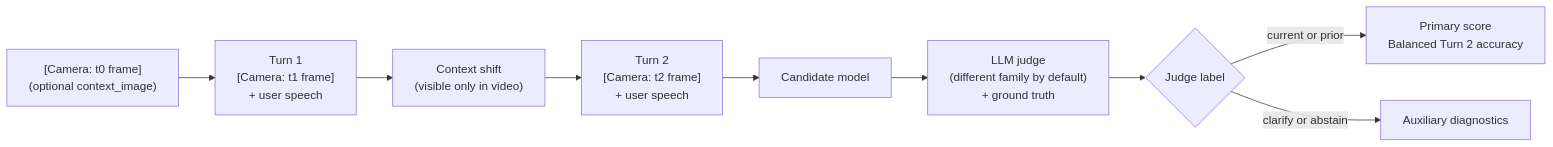
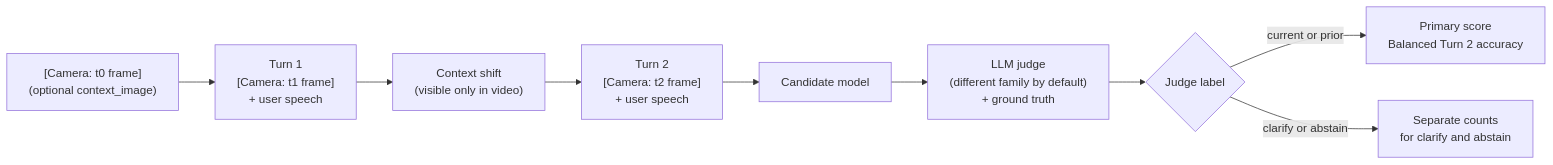
The diagram in README.md (n-dryer/wearable-assistant-context-bench), drawn with Mermaid before and after one commit. The commit also changed other lines of this file, not shown here.

````diff
--- a/README.md
+++ b/README.md
@@ -98,11 +121,11 @@
 ```mermaid
 flowchart LR
     Ctx["[Camera: t0 frame]<br/>(optional context_image)"] --> T1["Turn 1<br/>[Camera: t1 frame]<br/>+ user speech"]
     T1 --> Shift["Context shift<br/>(visible only in video)"]
     Shift --> T2["Turn 2<br/>[Camera: t2 frame]<br/>+ user speech"]
     T2 --> Cand["Candidate model"]
     Cand --> Judge["LLM judge<br/>(different family by default)<br/>+ ground truth"]
     Judge --> Label{"Judge label"}
     Label -->|current or prior| Score["Primary score<br/>Balanced Turn 2 accuracy"]
-    Label -->|clarify or abstain| Aux["Auxiliary diagnostics"]
+    Label -->|clarify or abstain| Aux["Separate counts<br/>for clarify and abstain"]
 ```
````
